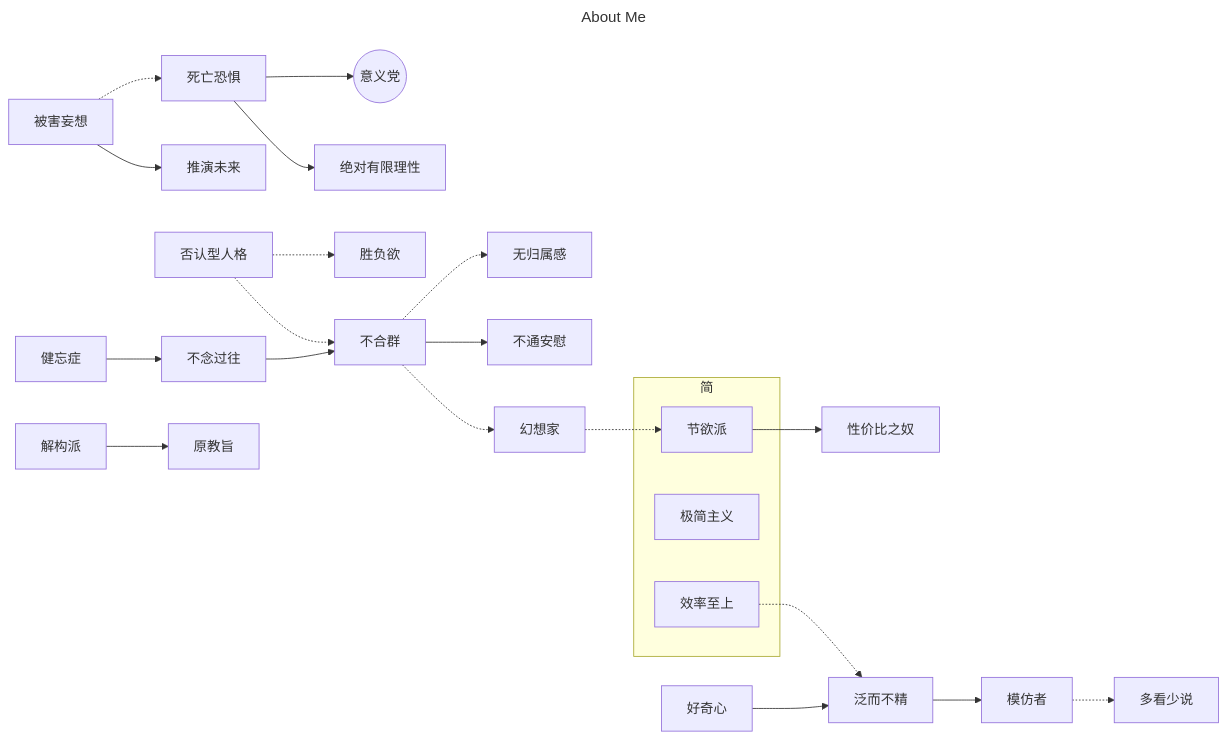
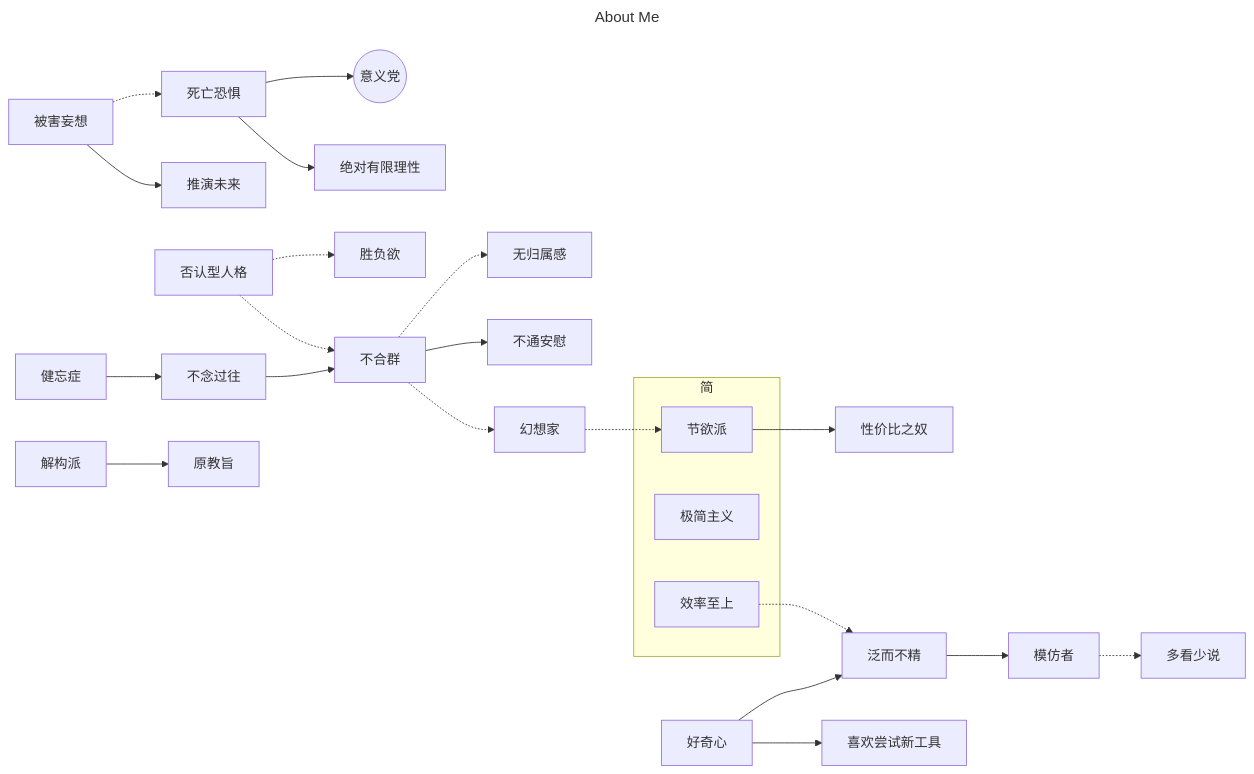
The diagram in src/hide/personal_details.md (lxl66566/lxl66566.github.io), drawn with Mermaid before and after one commit. The commit also changed 9 other files, not shown here.

````diff
--- a/src/hide/personal_details.md
+++ b/src/hide/personal_details.md
@@ -15,23 +15,24 @@
 ```mermaid
 ---
 title: About Me
 ---
 flowchart LR
   被害妄想 -.-> 死亡恐惧 --> 意义党((意义党))
   死亡恐惧 --> 绝对有限理性
   被害妄想 --> 推演未来
   否认型人格 -.-> 胜负欲
   健忘症 --> 不念过往 --> 不合群 -.-> 无归属感
   否认型人格 -.-> 不合群 --> 不通安慰
   不合群 -.-> 幻想家 -.-> 节欲派
   解构派 --> 原教旨
   subgraph 简
     节欲派
     极简主义
     效率至上
   end
   节欲派 --> 性价比之奴
   效率至上 -.-> 泛而不精
   好奇心 --> 泛而不精 --> 模仿者 -.-> 多看少说
+  好奇心 --> 喜欢尝试新工具
   click 无归属感 "https://t.me/withabsolutex/774" _blank
 ```
````
